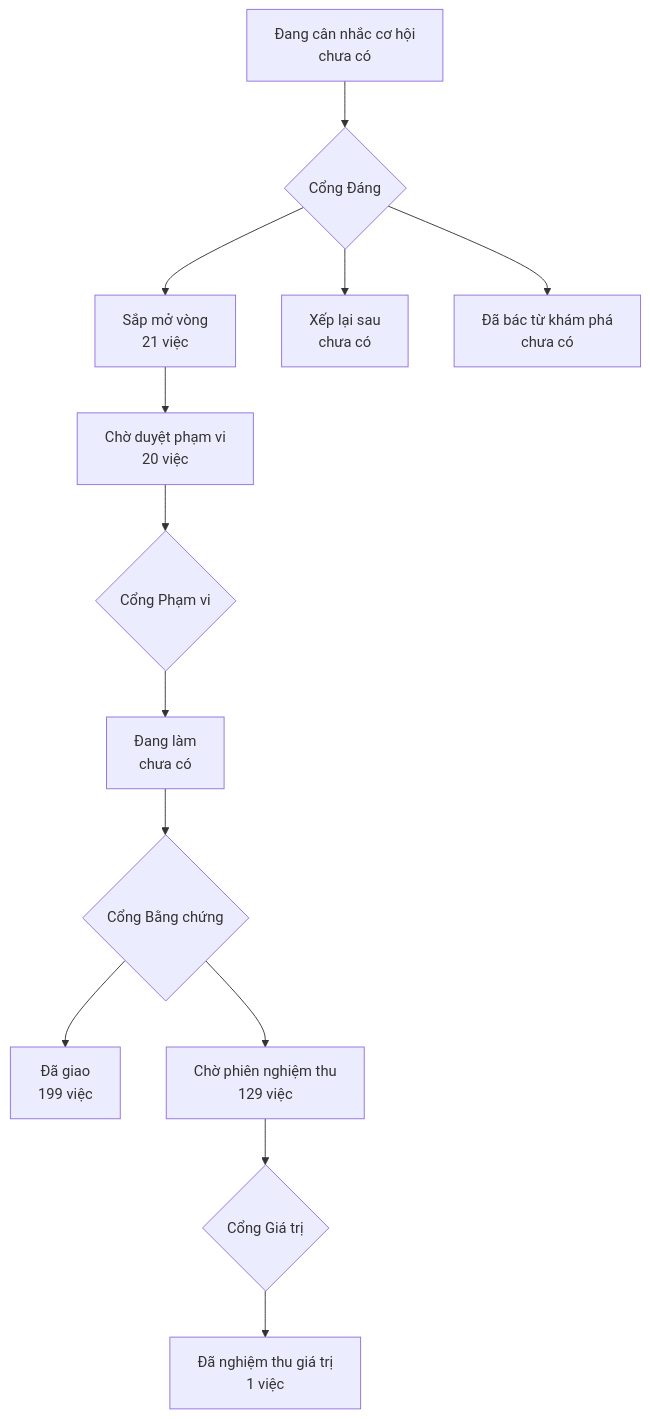
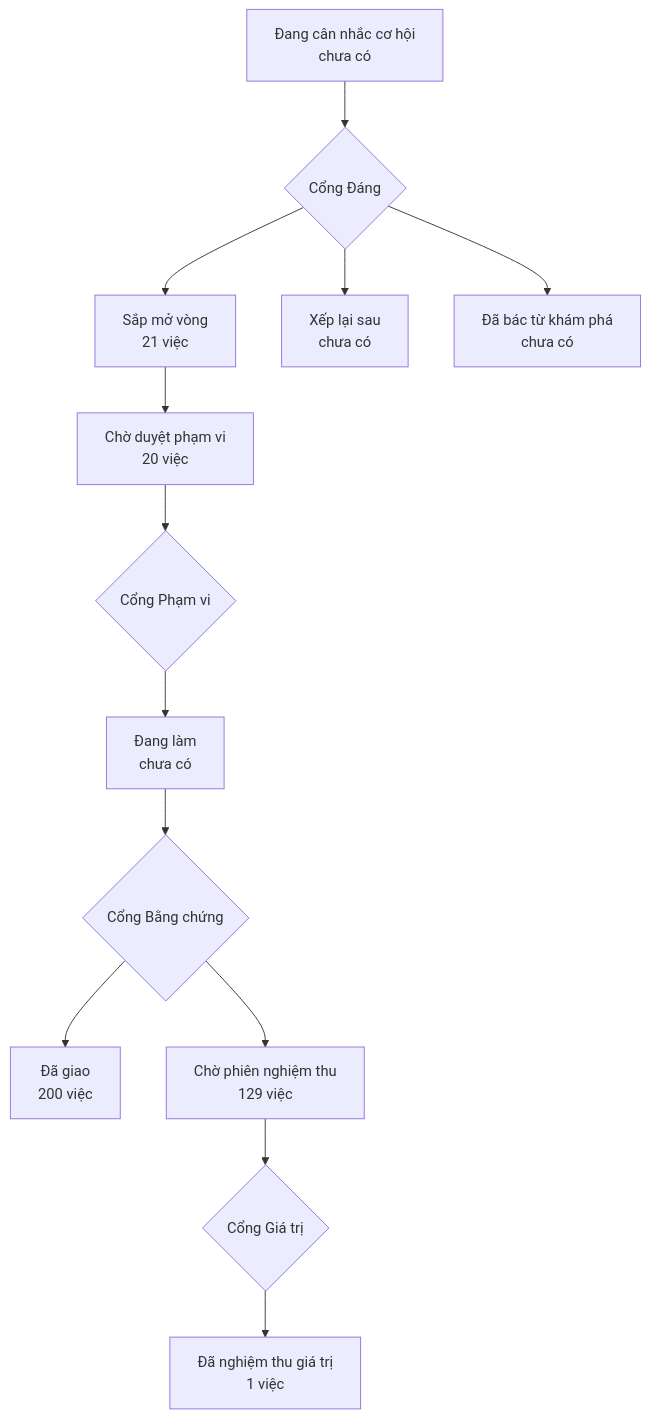
Before and after one commit to phanlemanh/onehub-invest: the diagram in PRODUCT-MAP.md, drawn with Mermaid. The commit also changed other lines of this file and 1 other file, not shown here.

Commit message:
chore: vẽ lại bản đồ sản phẩm sau khi gộp main

````diff
--- a/PRODUCT-MAP.md
+++ b/PRODUCT-MAP.md
@@ -7,12 +7,12 @@
 ```mermaid
 flowchart TD
   A["Đang cân nhắc cơ hội<br/>chưa có"] --> GD{"Cổng Đáng"}
   GD --> B["Sắp mở vòng<br/>21 việc"]
   GD --> XL["Xếp lại sau<br/>chưa có"]
   GD --> DB["Đã bác từ khám phá<br/>chưa có"]
   B --> CD["Chờ duyệt phạm vi<br/>20 việc"] --> GP{"Cổng Phạm vi"}
   GP --> DL["Đang làm<br/>chưa có"] --> GB{"Cổng Bằng chứng"}
-  GB --> DG["Đã giao<br/>199 việc"]
+  GB --> DG["Đã giao<br/>200 việc"]
   GB --> CN["Chờ phiên nghiệm thu<br/>129 việc"] --> GG{"Cổng Giá trị"}
   GG --> NT["Đã nghiệm thu giá trị<br/>1 việc"]
 ```
````
